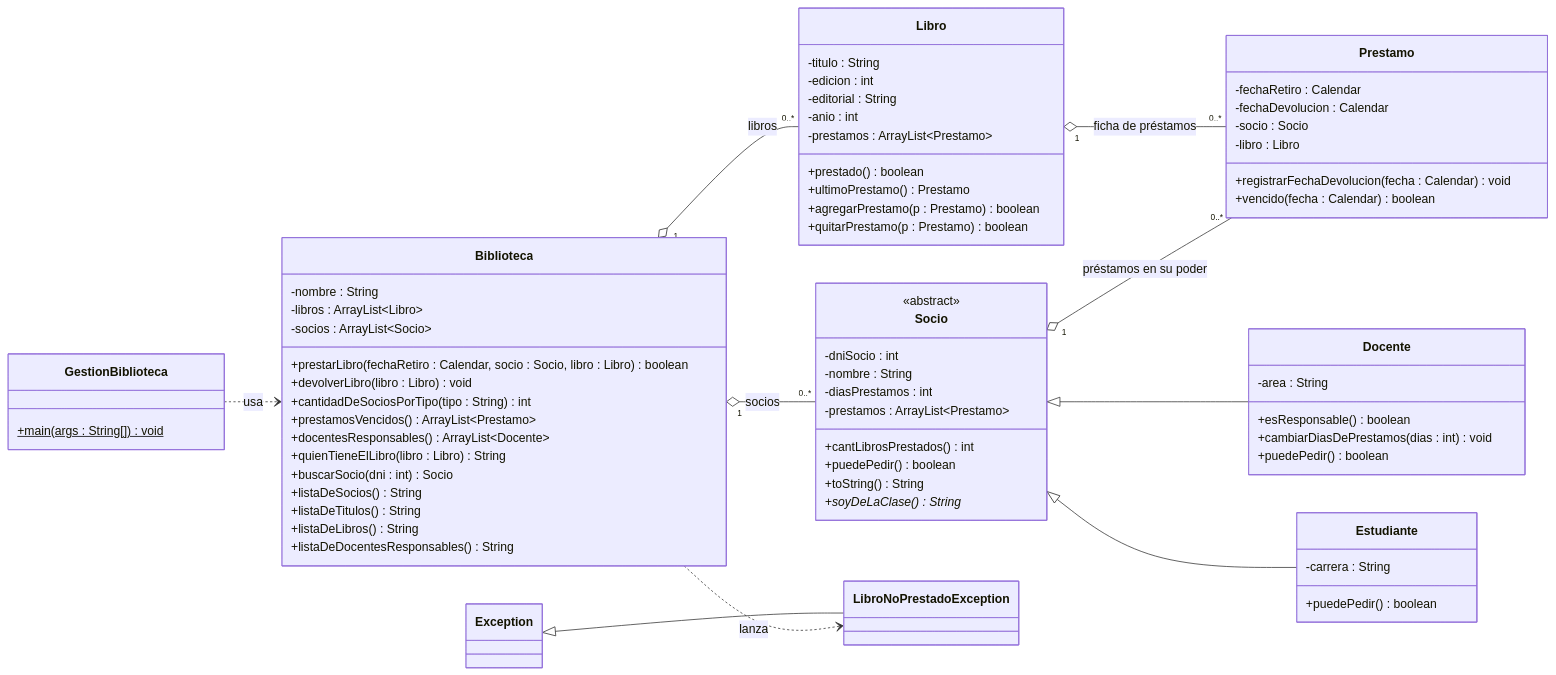
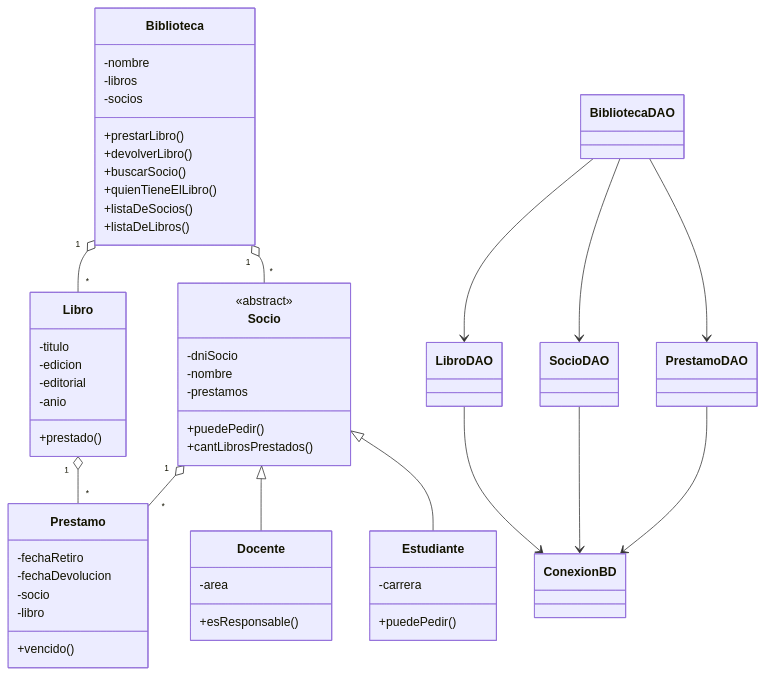
Before and after one commit to MiltonRodx/integrador-poo: the diagram in README.md, drawn with Mermaid. The commit also changed other lines of this file, not shown here.

````diff
--- a/README.md
+++ b/README.md
@@ -63,81 +77,69 @@
 ```mermaid
 classDiagram
-    direction LR
-
     class Biblioteca {
-        -nombre : String
-        -libros : ArrayList~Libro~
-        -socios : ArrayList~Socio~
-        +prestarLibro(fechaRetiro : Calendar, socio : Socio, libro : Libro) boolean
-        +devolverLibro(libro : Libro) void
-        +cantidadDeSociosPorTipo(tipo : String) int
-        +prestamosVencidos() ArrayList~Prestamo~
-        +docentesResponsables() ArrayList~Docente~
-        +quienTieneElLibro(libro : Libro) String
-        +buscarSocio(dni : int) Socio
-        +listaDeSocios() String
-        +listaDeTitulos() String
-        +listaDeLibros() String
-        +listaDeDocentesResponsables() String
+        -nombre
+        -libros
+        -socios
+        +prestarLibro()
+        +devolverLibro()
+        +buscarSocio()
+        +quienTieneElLibro()
+        +listaDeSocios()
+        +listaDeLibros()
     }
 
     class Socio {
         <<abstract>>
-        -dniSocio : int
-        -nombre : String
-        -diasPrestamos : int
-        -prestamos : ArrayList~Prestamo~
-        +cantLibrosPrestados() int
-        +puedePedir() boolean
-        +toString() String
-        +soyDeLaClase()* String
+        -dniSocio
+        -nombre
+        -prestamos
+        +puedePedir()
+        +cantLibrosPrestados()
     }
 
     class Docente {
-        -area : String
-        +esResponsable() boolean
-        +cambiarDiasDePrestamos(dias : int) void
-        +puedePedir() boolean
+        -area
+        +esResponsable()
     }
 
     class Estudiante {
-        -carrera : String
-        +puedePedir() boolean
+        -carrera
+        +puedePedir()
     }
 
     class Libro {
-        -titulo : String
-        -edicion : int
-        -editorial : String
-        -anio : int
-        -prestamos : ArrayList~Prestamo~
-        +prestado() boolean
-        +ultimoPrestamo() Prestamo
-        +agregarPrestamo(p : Prestamo) boolean
-        +quitarPrestamo(p : Prestamo) boolean
+        -titulo
+        -edicion
+        -editorial
+        -anio
+        +prestado()
     }
 
     class Prestamo {
-        -fechaRetiro : Calendar
-        -fechaDevolucion : Calendar
-        -socio : Socio
-        -libro : Libro
-        +registrarFechaDevolucion(fecha : Calendar) void
-        +vencido(fecha : Calendar) boolean
+        -fechaRetiro
+        -fechaDevolucion
+        -socio
+        -libro
+        +vencido()
     }
 
-    class LibroNoPrestadoException
-    class GestionBiblioteca {
-        +main(args : String[]) void$
-    }
+    class BibliotecaDAO
+    class LibroDAO
+    class SocioDAO
+    class PrestamoDAO
+    class ConexionBD
 
     Socio <|-- Docente
     Socio <|-- Estudiante
-    Exception <|-- LibroNoPrestadoException
-    Biblioteca "1" o-- "0..*" Libro : libros
-    Biblioteca "1" o-- "0..*" Socio : socios
-    Libro "1" o-- "0..*" Prestamo : ficha de préstamos
-    Socio "1" o-- "0..*" Prestamo : préstamos en su poder
-    Biblioteca ..> LibroNoPrestadoException : lanza
-    GestionBiblioteca ..> Biblioteca : usa
+    Biblioteca "1" o-- "*" Libro
+    Biblioteca "1" o-- "*" Socio
+    Libro "1" o-- "*" Prestamo
+    Socio "1" o-- "*" Prestamo
+
+    BibliotecaDAO --> LibroDAO
+    BibliotecaDAO --> SocioDAO
+    BibliotecaDAO --> PrestamoDAO
+    LibroDAO --> ConexionBD
+    SocioDAO --> ConexionBD
+    PrestamoDAO --> ConexionBD
 ```
````
